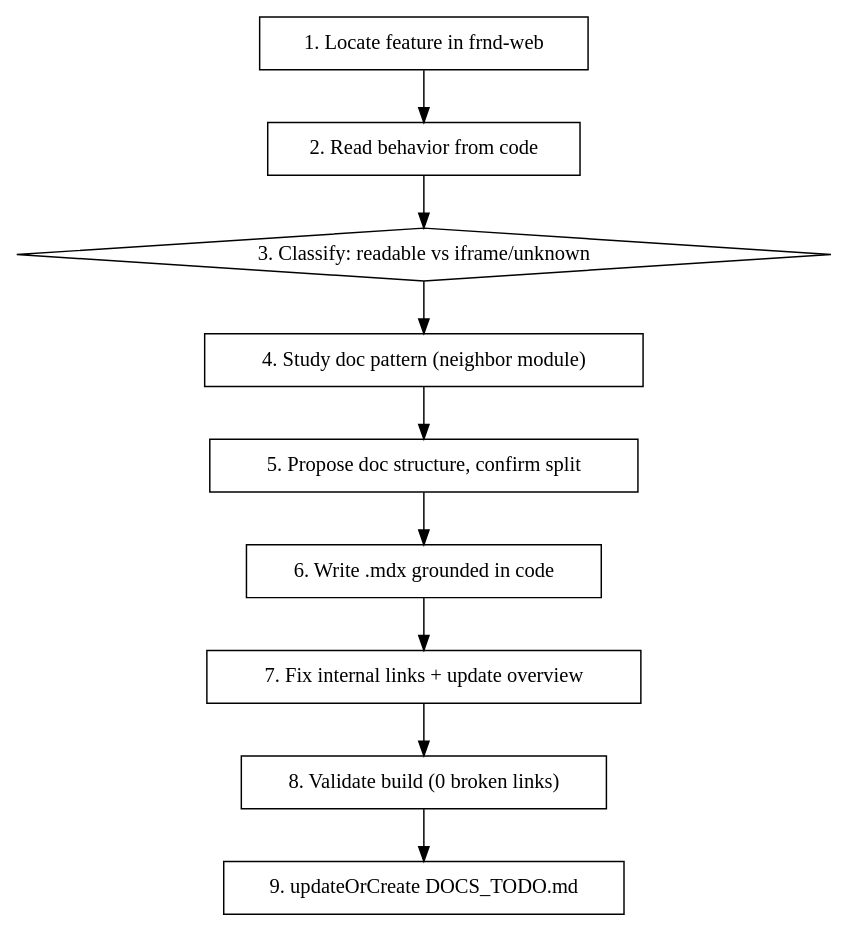
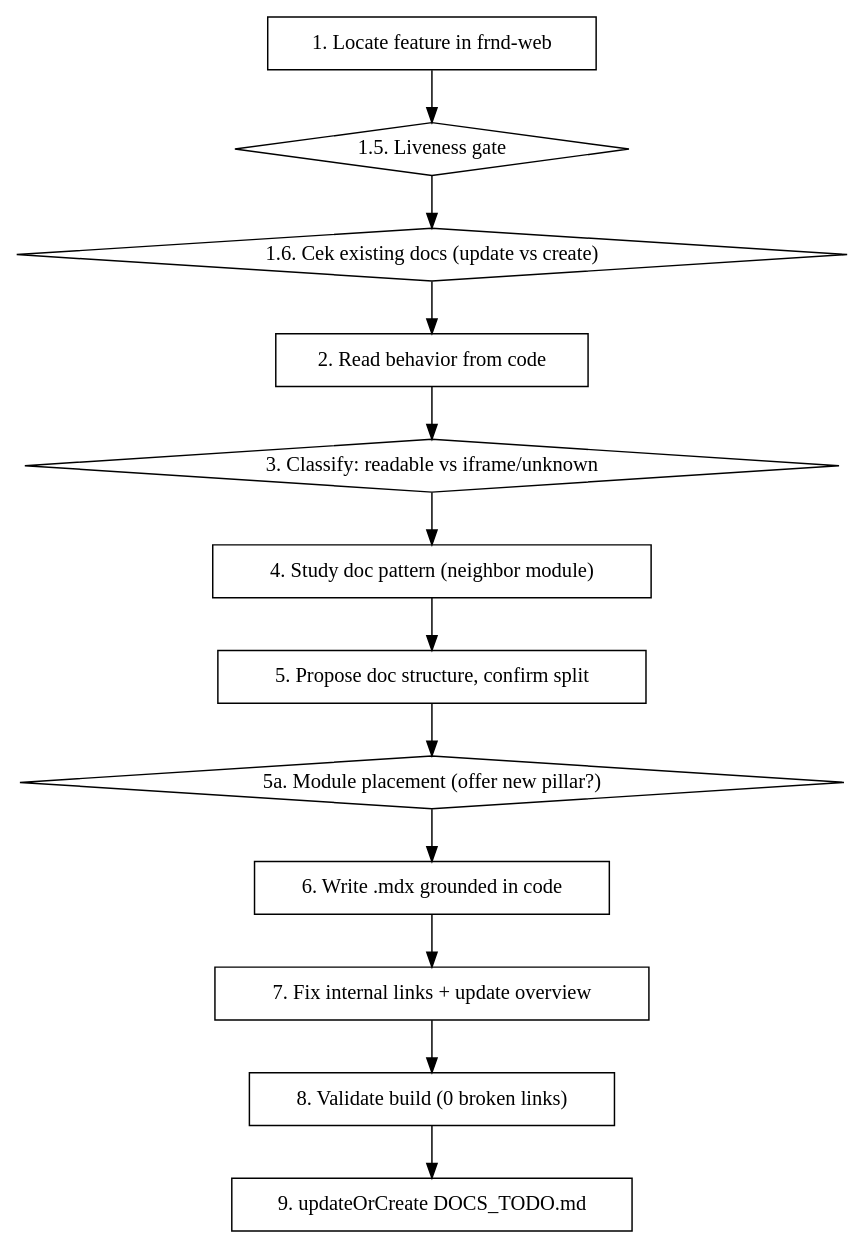
Before and after one commit to alva-intelligence/frndos-docs: the diagram in .claude/skills/writing-help-docs-from-code/SKILL.md, drawn with Graphviz. The commit also changed other lines of this file and 19 other files, not shown here.

````diff
--- a/.claude/skills/writing-help-docs-from-code/SKILL.md
+++ b/.claude/skills/writing-help-docs-from-code/SKILL.md
@@ -33,23 +33,29 @@
 ```dot
 digraph flow {
   rankdir=TB;
   "1. Locate feature in frnd-web" [shape=box];
+  "1.5. Liveness gate" [shape=diamond];
+  "1.6. Cek existing docs (update vs create)" [shape=diamond];
   "2. Read behavior from code" [shape=box];
   "3. Classify: readable vs iframe/unknown" [shape=diamond];
   "4. Study doc pattern (neighbor module)" [shape=box];
   "5. Propose doc structure, confirm split" [shape=box];
+  "5a. Module placement (offer new pillar?)" [shape=diamond];
   "6. Write .mdx grounded in code" [shape=box];
   "7. Fix internal links + update overview" [shape=box];
   "8. Validate build (0 broken links)" [shape=box];
   "9. updateOrCreate DOCS_TODO.md" [shape=box];
 
-  "1. Locate feature in frnd-web" -> "2. Read behavior from code";
+  "1. Locate feature in frnd-web" -> "1.5. Liveness gate";
+  "1.5. Liveness gate" -> "1.6. Cek existing docs (update vs create)";
+  "1.6. Cek existing docs (update vs create)" -> "2. Read behavior from code";
   "2. Read behavior from code" -> "3. Classify: readable vs iframe/unknown";
   "3. Classify: readable vs iframe/unknown" -> "4. Study doc pattern (neighbor module)";
   "4. Study doc pattern (neighbor module)" -> "5. Propose doc structure, confirm split";
-  "5. Propose doc structure, confirm split" -> "6. Write .mdx grounded in code";
+  "5. Propose doc structure, confirm split" -> "5a. Module placement (offer new pillar?)";
+  "5a. Module placement (offer new pillar?)" -> "6. Write .mdx grounded in code";
   "6. Write .mdx grounded in code" -> "7. Fix internal links + update overview";
   "7. Fix internal links + update overview" -> "8. Validate build (0 broken links)";
   "8. Validate build (0 broken links)" -> "9. updateOrCreate DOCS_TODO.md";
 }
 ```
````
